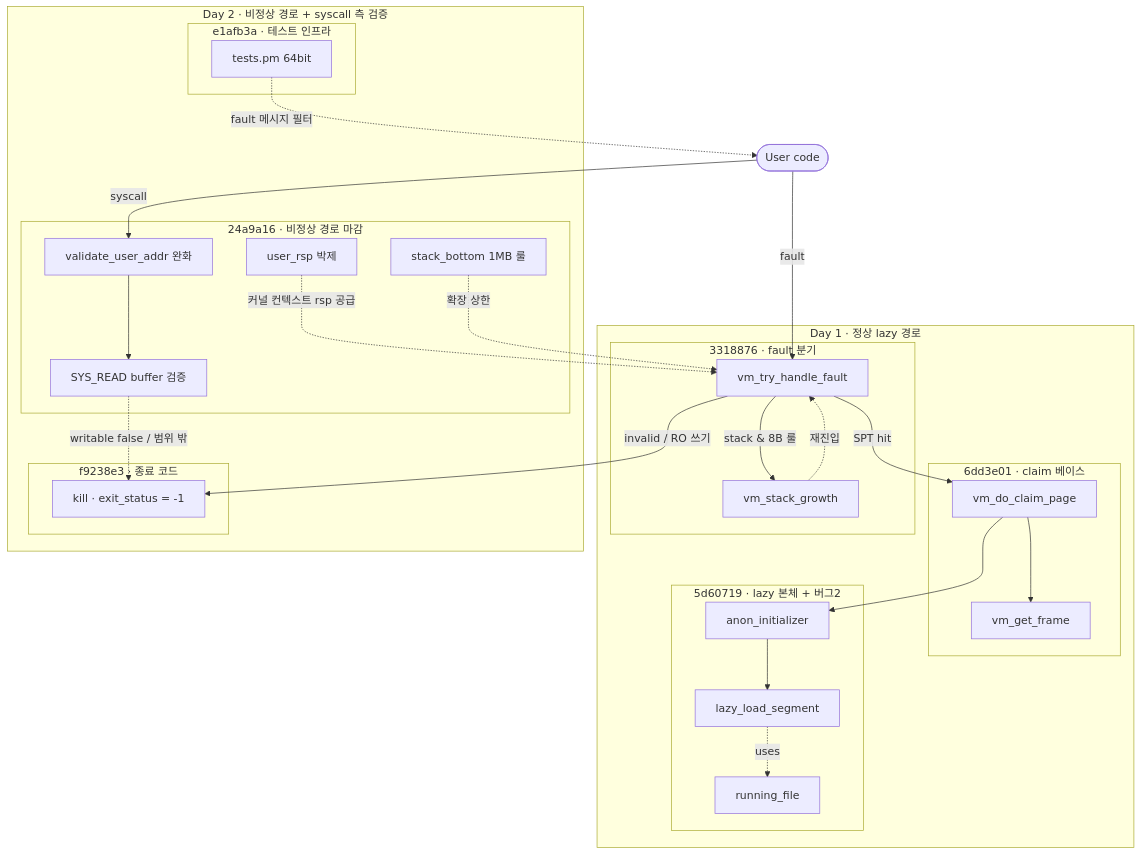
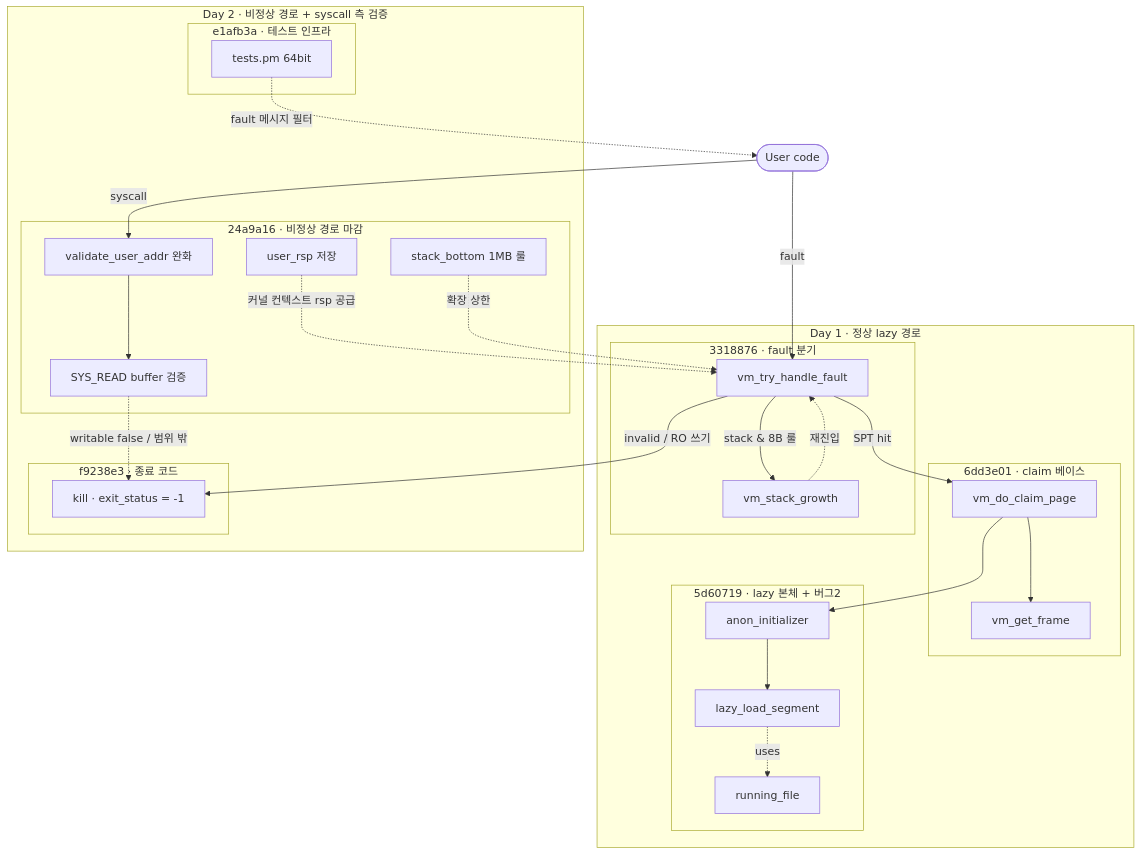
One commit to JYPark-Code/SW-AI-W1112-Pintos changed the diagram in TIL/project3_vm_page_fault_til.md. Above: the diagram before and after it, drawn with Mermaid. The commit also changed other lines of this file and 1 other file, not shown here.

````diff
--- a/TIL/project3_vm_page_fault_til.md
+++ b/TIL/project3_vm_page_fault_til.md
@@ -89,54 +89,54 @@
 ```mermaid
 flowchart TD
     User([User code])
 
     subgraph Day1["Day 1 · 정상 lazy 경로"]
       subgraph C1["6dd3e01 · claim 베이스"]
           D[vm_do_claim_page]
           F[vm_get_frame]
       end
       subgraph C2["3318876 · fault 분기"]
           H[vm_try_handle_fault]
           G[vm_stack_growth]
       end
       subgraph C3["5d60719 · lazy 본체 + 버그2"]
           A[anon_initializer]
           L[lazy_load_segment]
           R[running_file]
       end
     end
 
     subgraph Day2["Day 2 · 비정상 경로 + syscall 측 검증"]
       subgraph C4["e1afb3a · 테스트 인프라"]
           T[tests.pm 64bit]
       end
       subgraph C5["f9238e3 · 종료 코드"]
           K[kill · exit_status = -1]
       end
       subgraph C6["24a9a16 · 비정상 경로 마감"]
-          UR[user_rsp 박제]
+          UR[user_rsp 저장]
           VV[validate_user_addr 완화]
           RW[SYS_READ buffer 검증]
           SB[stack_bottom 1MB 룰]
       end
     end
 
     User -->|fault| H
     User -->|syscall| VV
 
     H -->|SPT hit| D
     H -->|stack & 8B 룰| G
     H -->|invalid / RO 쓰기| K
     G -.재진입.-> H
 
     D --> F
     D --> A
     A --> L
     L -.uses.-> R
 
     VV --> RW
     RW -.writable false / 범위 밖.-> K
     UR -.커널 컨텍스트 rsp 공급.-> H
     SB -.확장 상한.-> H
     T -.fault 메시지 필터.-> User
 ```
````
